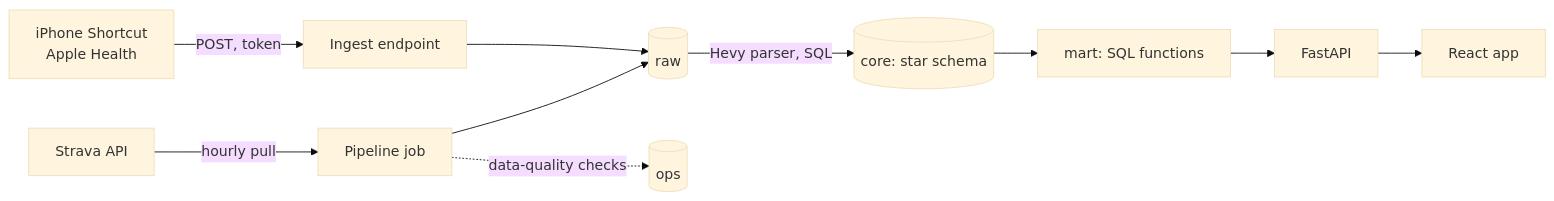
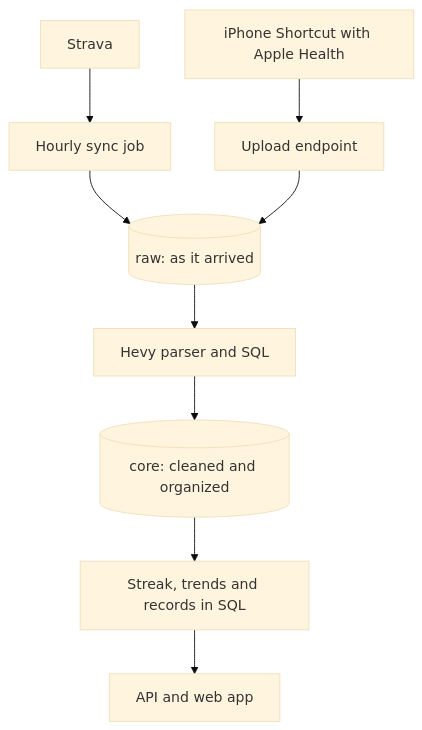
One commit to imrobee/tali-fitness changed the diagram in README.md. Above: the diagram before and after it, drawn with Mermaid (base theme). The commit also changed other lines of this file and 3 other files, not shown here.

````diff
--- a/README.md
+++ b/README.md
@@ -28,11 +39,11 @@
 ```mermaid
-flowchart LR
-  S[Strava API] -->|hourly pull| J[Pipeline job]
-  P[iPhone Shortcut<br/>Apple Health] -->|POST, token| I[Ingest endpoint]
-  J --> R[(raw)]
-  I --> R
-  R -->|Hevy parser, SQL| C[(core: star schema)]
-  C --> M[mart: SQL functions]
-  M --> A[FastAPI] --> W[React app]
-  J -.->|data-quality checks| O[(ops)]
+flowchart TB
+  strava[Strava] --> job[Hourly sync job]
+  phone[iPhone Shortcut with Apple Health] --> ingest[Upload endpoint]
+  job --> raw[("raw: as it arrived")]
+  ingest --> raw
+  raw --> parse[Hevy parser and SQL]
+  parse --> core[("core: cleaned and organized")]
+  core --> rules["Streak, trends and records in SQL"]
+  rules --> app[API and web app]
 ```
````
